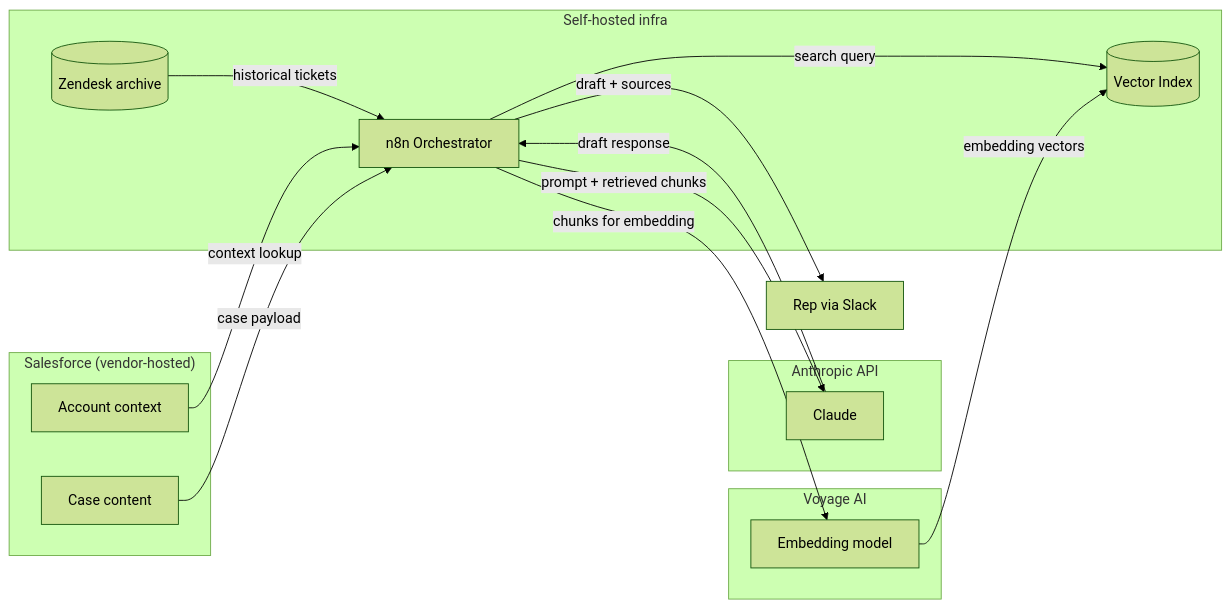
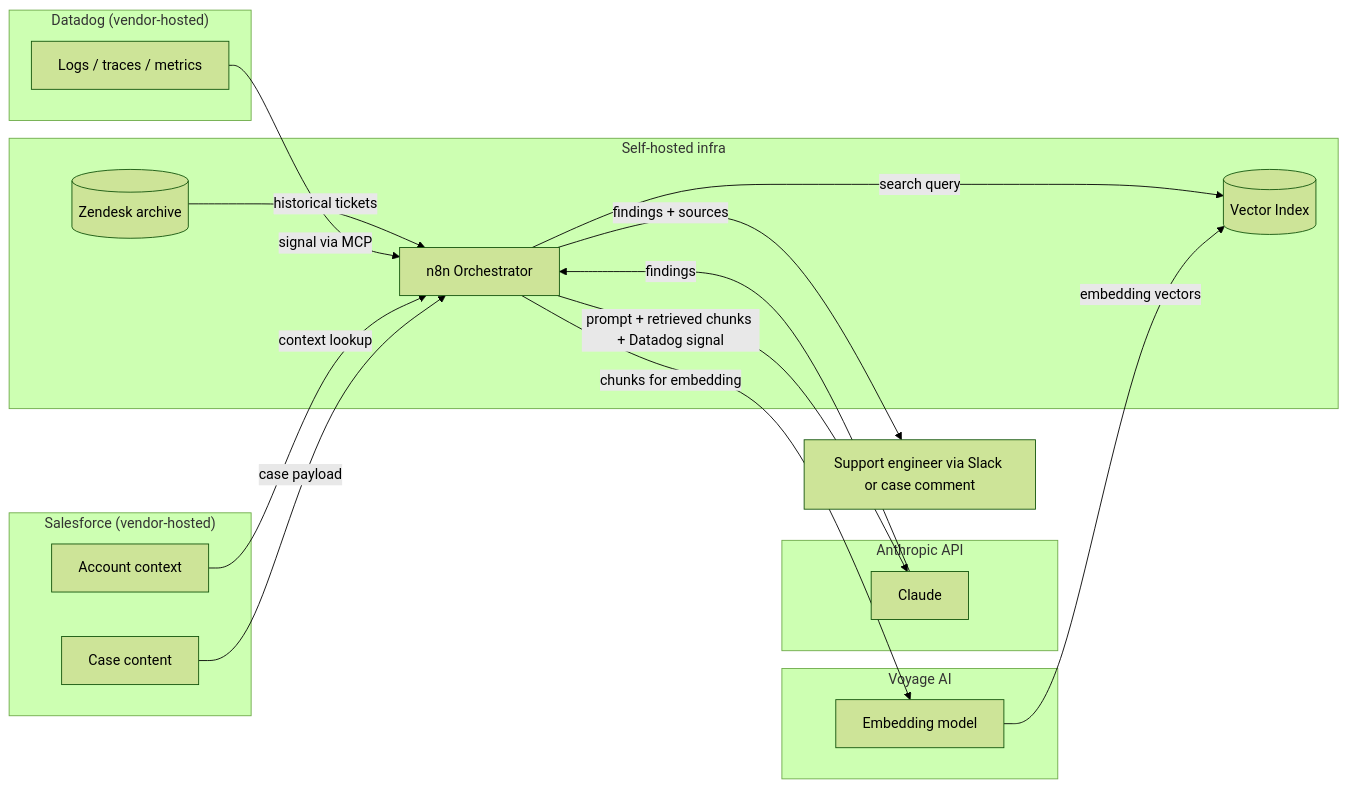
One commit to brisennett/BrAIgent changed the diagram in design/06-data-handling.md. Above: the diagram before and after it, drawn with Mermaid (forest theme). The commit also changed other lines of this file and 13 other files, not shown here.

````diff
--- a/design/06-data-handling.md
+++ b/design/06-data-handling.md
@@ -29,31 +31,36 @@
 ```mermaid
 flowchart LR
     subgraph SF["Salesforce (vendor-hosted)"]
         Case[Case content]
         Acct[Account context]
+    end
+
+    subgraph DD["Datadog (vendor-hosted)"]
+        Logs[Logs / traces / metrics]
     end
 
     subgraph Internal["Self-hosted infra"]
         n8n[n8n Orchestrator]
         Index[("Vector Index")]
         Zendesk[(Zendesk archive)]
     end
 
     subgraph Anthropic["Anthropic API"]
         Claude[Claude]
     end
 
     subgraph Voyage["Voyage AI"]
         Embed[Embedding model]
     end
 
     Case -->|case payload| n8n
     Acct -->|context lookup| n8n
+    Logs -->|signal via MCP| n8n
     Zendesk -->|historical tickets| n8n
     n8n -->|chunks for embedding| Embed
-    n8n -->|prompt + retrieved chunks| Claude
-    Claude -->|draft response| n8n
+    n8n -->|prompt + retrieved chunks + Datadog signal| Claude
+    Claude -->|findings| n8n
     Embed -->|embedding vectors| Index
     n8n -->|search query| Index
-    n8n -->|draft + sources| Rep[Rep via Slack]
+    n8n -->|findings + sources| SE[Support engineer via Slack or case comment]
 ```
````
